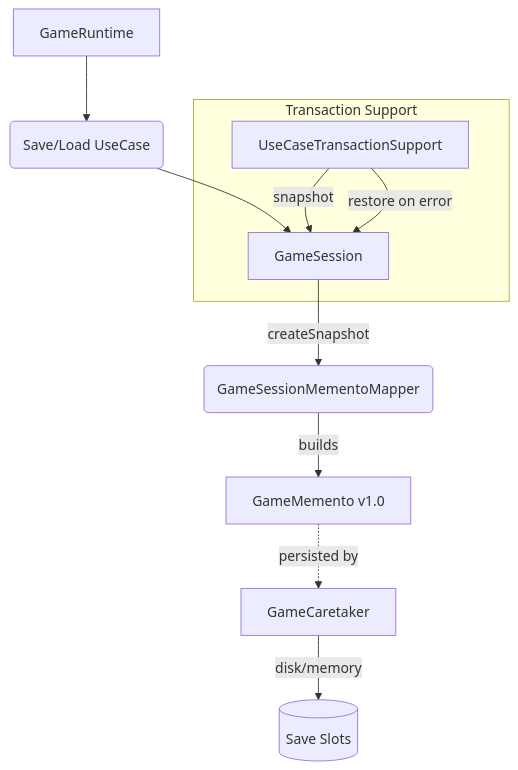
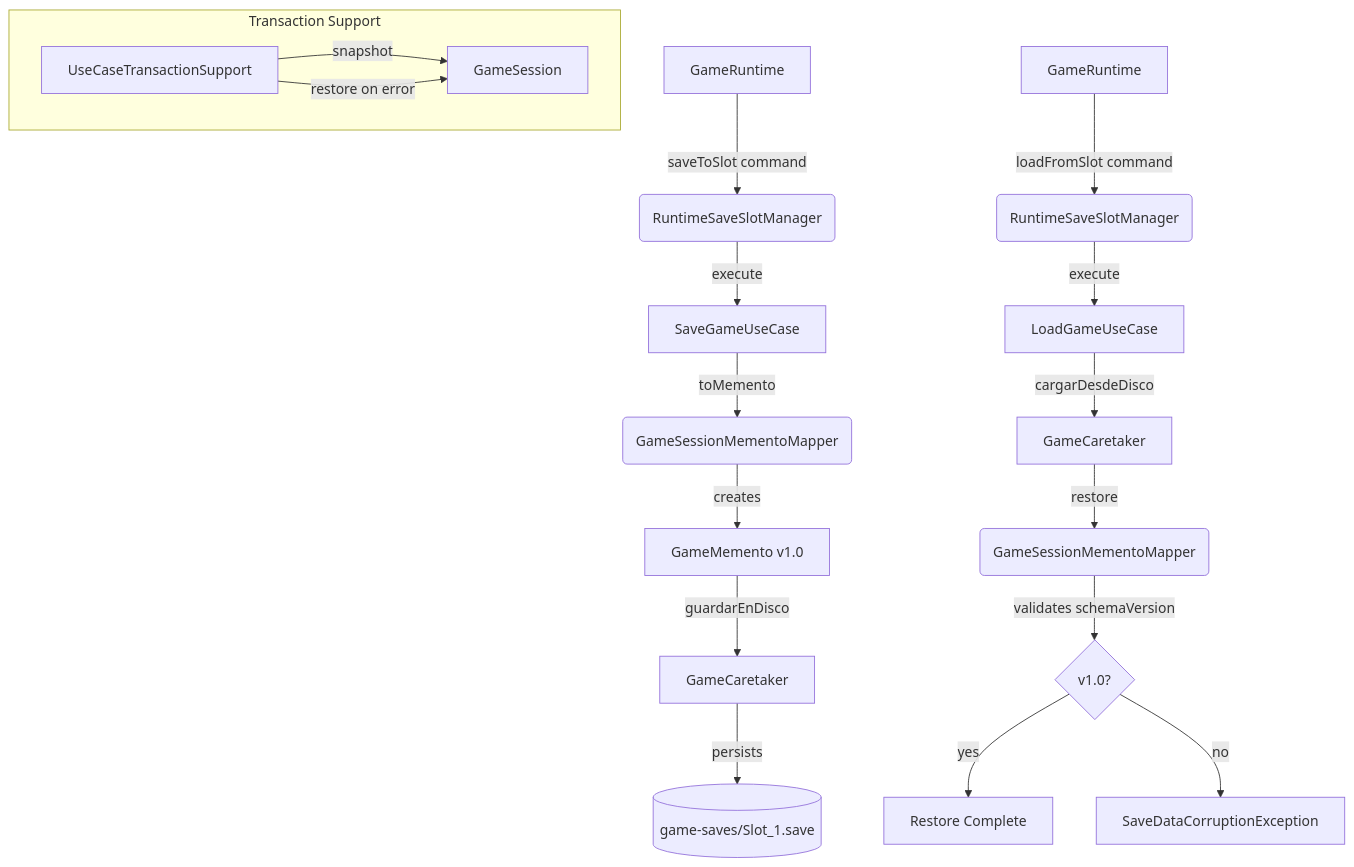
One commit to Craos6518/dungeon-crawler-patterns changed the diagram in docs/03-patterns/memento.md. Above: the diagram before and after it, drawn with Mermaid. The commit also changed other lines of this file and 7 other files, not shown here.

````diff
--- a/docs/03-patterns/memento.md
+++ b/docs/03-patterns/memento.md
@@ -26,14 +77,22 @@
 ```mermaid
 graph TD
-    A[GameRuntime] --> B(Save/Load UseCase)
-    B --> C[GameSession]
-    C -->|createSnapshot| D(GameSessionMementoMapper)
-    D -->|builds| E[GameMemento v1.0]
-    E -.->|persisted by| F[GameCaretaker]
-    F -->|disk/memory| G[(Save Slots)]
-    
+    A[GameRuntime] -->|saveToSlot command| B(RuntimeSaveSlotManager)
+    B -->|execute| C[SaveGameUseCase]
+    C -->|toMemento| D(GameSessionMementoMapper)
+    D -->|creates| E[GameMemento v1.0]
+    E -->|guardarEnDisco| F[GameCaretaker]
+    F -->|persists| G[(game-saves/Slot_1.save)]
+
+    H[GameRuntime] -->|loadFromSlot command| I(RuntimeSaveSlotManager)
+    I -->|execute| J[LoadGameUseCase]
+    J -->|cargarDesdeDisco| K[GameCaretaker]
+    K -->|restore| L(GameSessionMementoMapper)
+    L -->|validates schemaVersion| M{v1.0?}
+    M -->|yes| N[Restore Complete]
+    M -->|no| O[SaveDataCorruptionException]
+
     subgraph Transaction Support
-    H[UseCaseTransactionSupport] -->|snapshot| C
-    H -->|restore on error| C
+    P[UseCaseTransactionSupport] -->|snapshot| Q[GameSession]
+    P -->|restore on error| Q
     end
 ```
````
